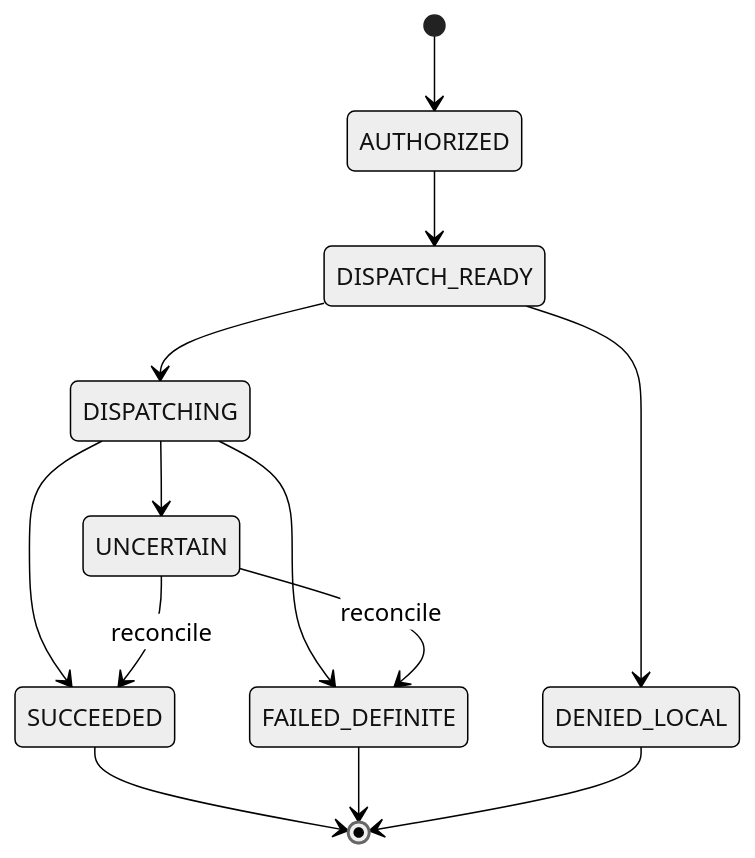
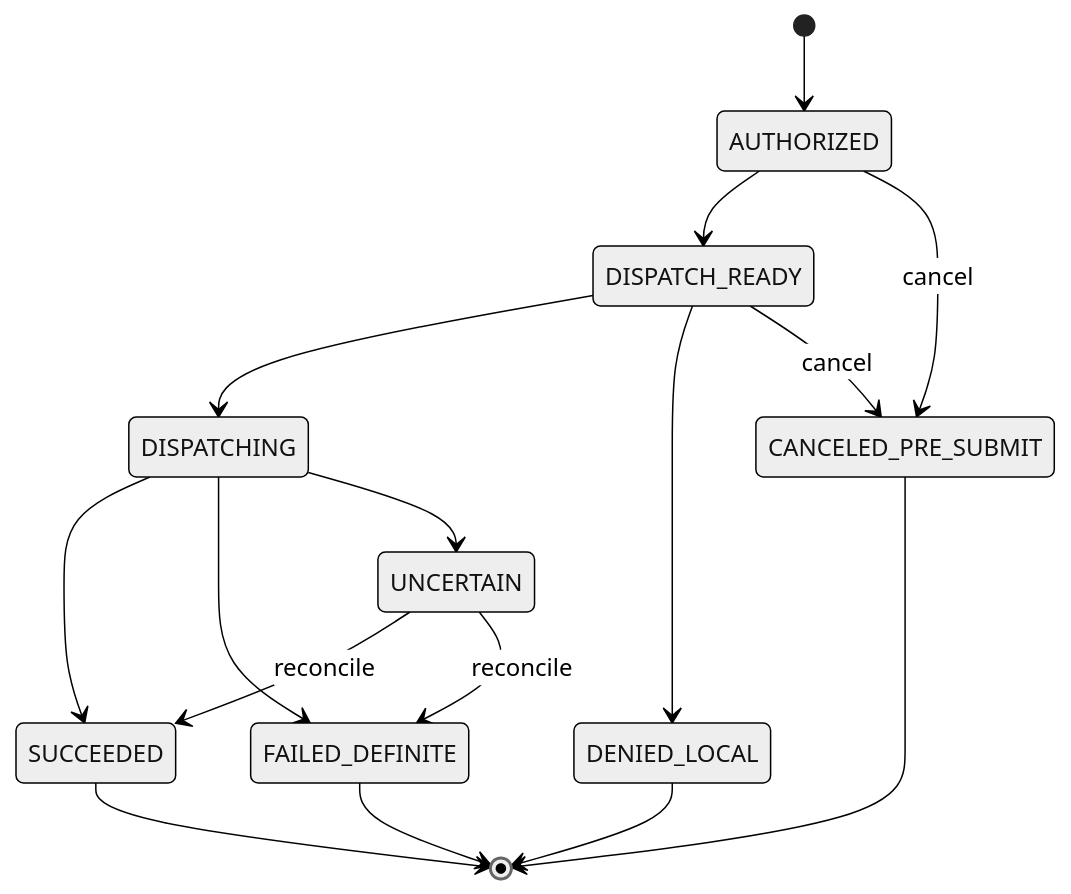
The eighth of 9 diagrams in docs/architecture/HLD-connection-M1.md (AgoraIO-Extensions/agent-infra), drawn with Mermaid (neutral theme) before and after one commit. The commit also changed other lines of this file and 2 other files, not shown here.

````diff
--- a/docs/architecture/HLD-connection-M1.md
+++ b/docs/architecture/HLD-connection-M1.md
@@ -1086,15 +1097,18 @@
 ```mermaid
 stateDiagram-v2
     [*] --> AUTHORIZED
     AUTHORIZED --> DISPATCH_READY
+    AUTHORIZED --> CANCELED_PRE_SUBMIT: cancel
     DISPATCH_READY --> DISPATCHING
     DISPATCH_READY --> DENIED_LOCAL
+    DISPATCH_READY --> CANCELED_PRE_SUBMIT: cancel
     DISPATCHING --> SUCCEEDED
     DISPATCHING --> FAILED_DEFINITE
     DISPATCHING --> UNCERTAIN
     UNCERTAIN --> SUCCEEDED: reconcile
     UNCERTAIN --> FAILED_DEFINITE: reconcile
     SUCCEEDED --> [*]
     FAILED_DEFINITE --> [*]
     DENIED_LOCAL --> [*]
+    CANCELED_PRE_SUBMIT --> [*]
 ```
````
